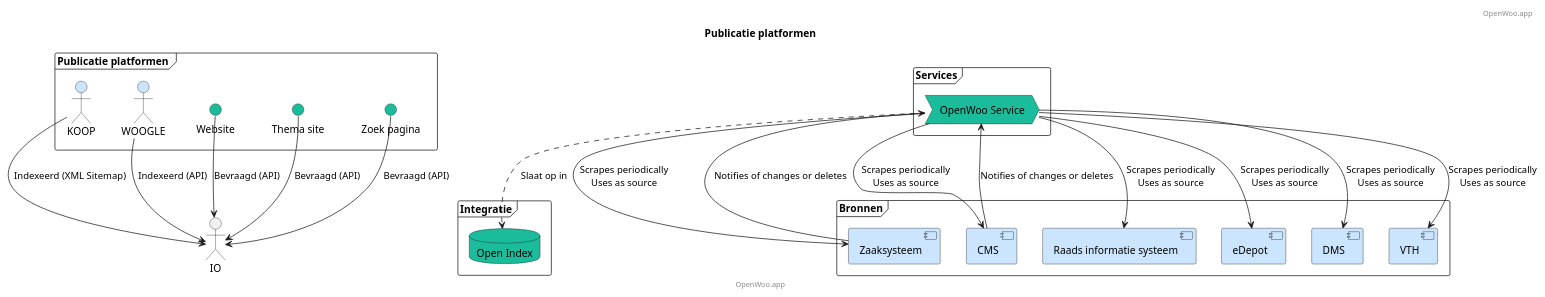
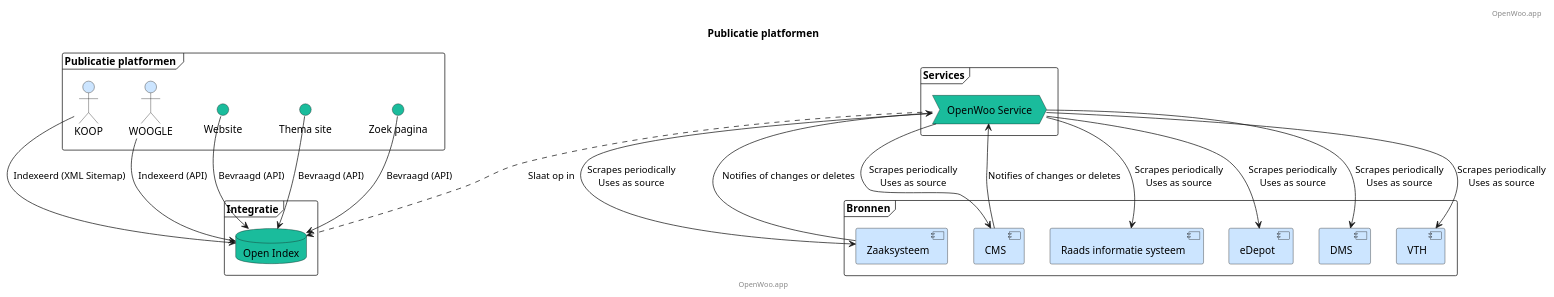
Before and after one commit to ConductionNL/woo-website-template: the diagram in docs/Totaal.puml, drawn with PlantUML. The commit also changed 5 other files, not shown here.

```diff
--- a/docs/Totaal.puml
+++ b/docs/Totaal.puml
@@ -1,54 +1,54 @@
 @startuml
 title Publicatie platformen
 footer: OpenWoo.app
 header: OpenWoo.app
 
 ' Publicatie platformen (Laag 5 UI)
 frame "Publicatie platformen " {
     actor "KOOP"  as KOOP #cce5ff
     actor   "WOOGLE" as WOOGLE #cce5ff
     interface "Website" AS Website #1abc9c
     interface "Thema site" as Themasite #1abc9c
     interface "Zoek pagina" as Searchsite #1abc9c
 }
 
 ' Services(Laag 4)
 frame "Services" {
     process "OpenWoo Service"  as OWS #1abc9c
 }
 
 ' Integratie (Laag 3)
 frame "Integratie" {
     database "Open Index"  as OI #1abc9c
 }
 
 ' Bronnen (Laag 2)
 frame "Bronnen" {
     component "Zaaksysteem" as Zaaksysteem  #cce5ff
     component "CMS" as CMS  #cce5ff
     component "Raads informatie systeem" as Raadsinfo  #cce5ff
     component "eDepot" as eDepot  #cce5ff
     component "DMS" as DMS  #cce5ff
     component "VTH" as VTH  #cce5ff
 }
 
 ' Relationships
-KOOP -down-> IO : Indexeerd (XML Sitemap)
-WOOGLE -down-> IO : Indexeerd (API)
-Website -down-> IO : Bevraagd (API)
-Themasite -down-> IO : Bevraagd (API)
-Searchsite -down-> IO : Bevraagd (API)
+KOOP -down-> OI : Indexeerd (XML Sitemap)
+WOOGLE -down-> OI : Indexeerd (API)
+Website -down-> OI : Bevraagd (API)
+Themasite -down-> OI : Bevraagd (API)
+Searchsite -down-> OI : Bevraagd (API)
 OWS ..> OI: Slaat op in
 
 OWS -down-> CMS : Scrapes periodically\nUses as source
 OWS -down-> Zaaksysteem : Scrapes periodically\nUses as source
 OWS -down-> Raadsinfo : Scrapes periodically\nUses as source
 OWS -down-> eDepot : Scrapes periodically\nUses as source
 OWS -down-> DMS : Scrapes periodically\nUses as source
 OWS -down-> VTH : Scrapes periodically\nUses as source
 
 ' Notifications
 CMS -up-> OWS : Notifies of changes or deletes
 Zaaksysteem -up-> OWS : Notifies of changes or deletes
 
 @enduml
```
